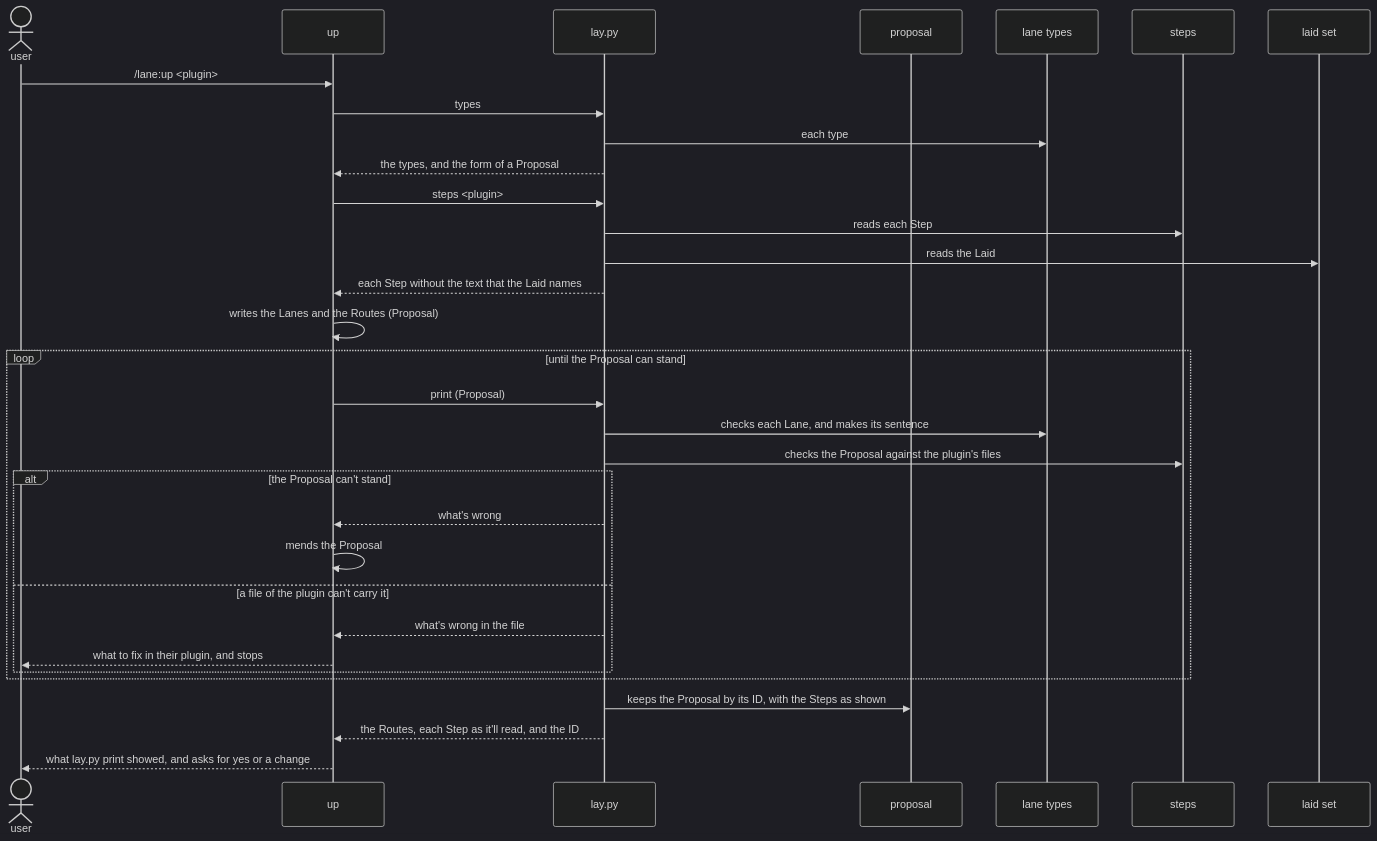
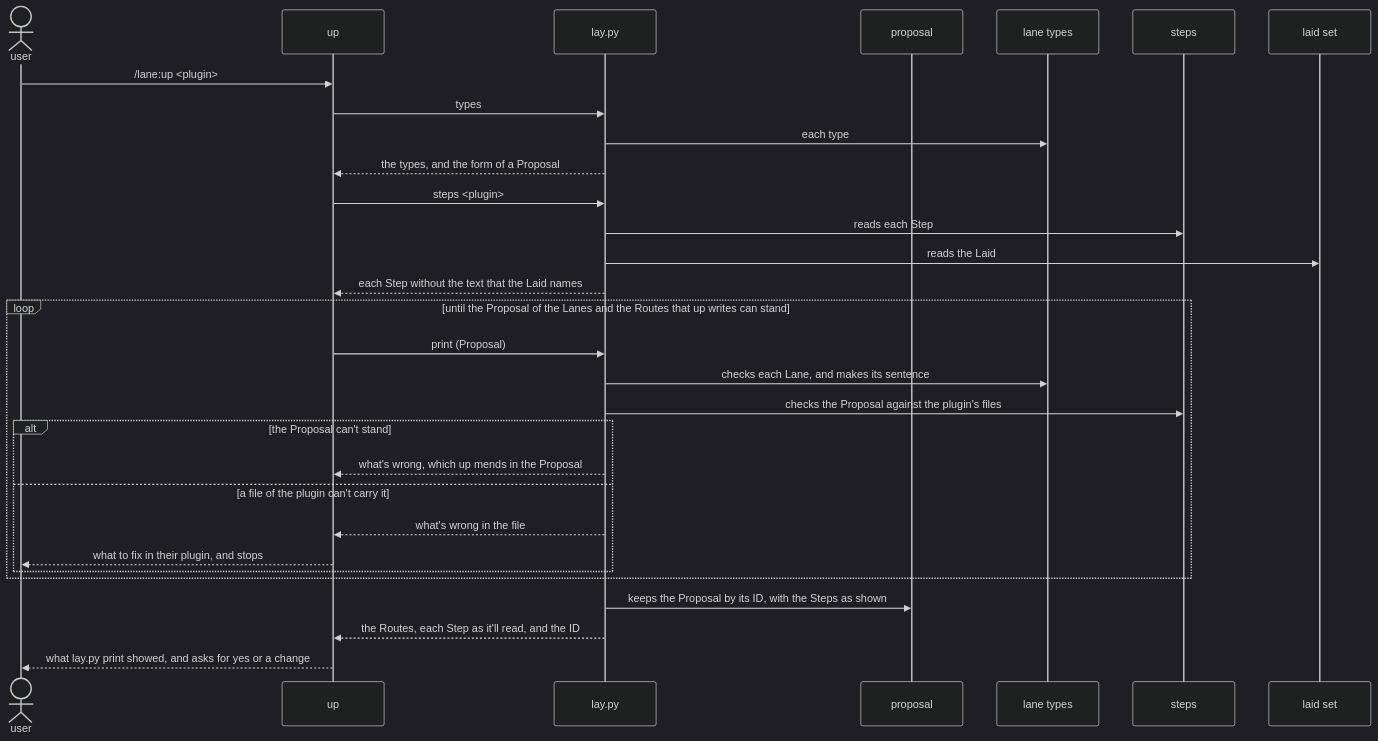
One commit to lovaizu/ccpm changed the first of 6 diagrams in dev/lane/architecture.md. Above: the diagram before and after it, drawn with Mermaid (dark theme). The commit also changed other lines of this file and 7 other files, not shown here.

````diff
--- a/dev/lane/architecture.md
+++ b/dev/lane/architecture.md
@@ -193,34 +193,32 @@
 ```mermaid
 sequenceDiagram
   actor U as user
   participant UP as up
   participant L as lay.py
   participant P as proposal
   participant T as lane types
   participant ST as steps
   participant LS as laid set
   U->>UP: /lane:up <plugin>
   UP->>L: types
   L->>T: each type
   L-->>UP: the types, and the form of a Proposal
   UP->>L: steps <plugin>
   L->>ST: reads each Step
   L->>LS: reads the Laid
   L-->>UP: each Step without the text that the Laid names
-  UP->>UP: writes the Lanes and the Routes (Proposal)
-  loop until the Proposal can stand
+  loop until the Proposal of the Lanes and the Routes that up writes can stand
     UP->>L: print (Proposal)
     L->>T: checks each Lane, and makes its sentence
     L->>ST: checks the Proposal against the plugin's files
     alt the Proposal can't stand
-      L-->>UP: what's wrong
-      UP->>UP: mends the Proposal
+      L-->>UP: what's wrong, which up mends in the Proposal
     else a file of the plugin can't carry it
       L-->>UP: what's wrong in the file
       UP-->>U: what to fix in their plugin, and stops
     end
   end
   L->>P: keeps the Proposal by its ID, with the Steps as shown
   L-->>UP: the Routes, each Step as it'll read, and the ID
   UP-->>U: what lay.py print showed, and asks for yes or a change
 ```
````
